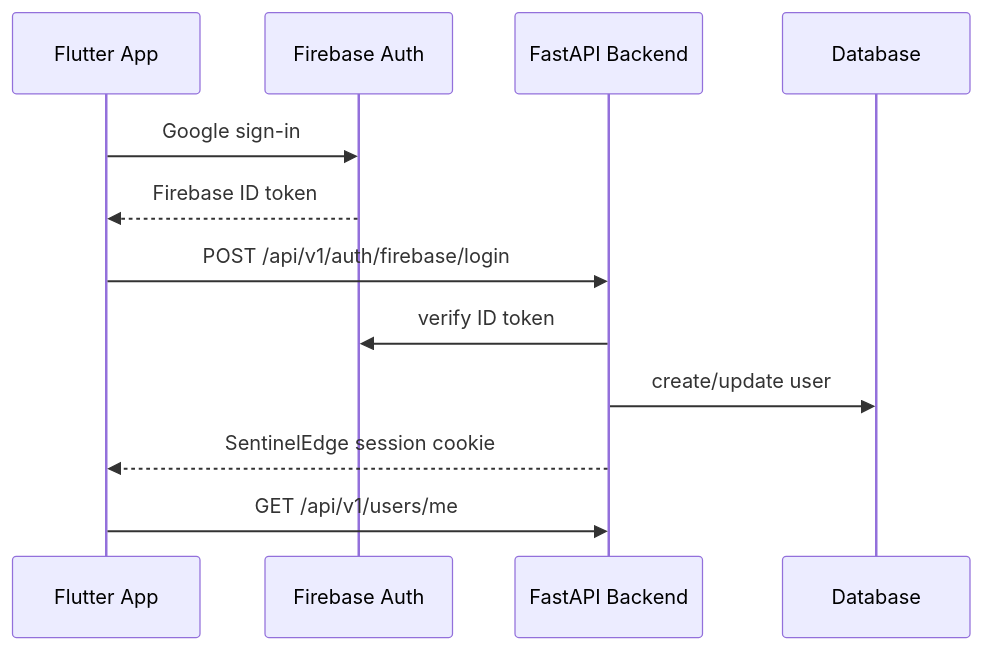
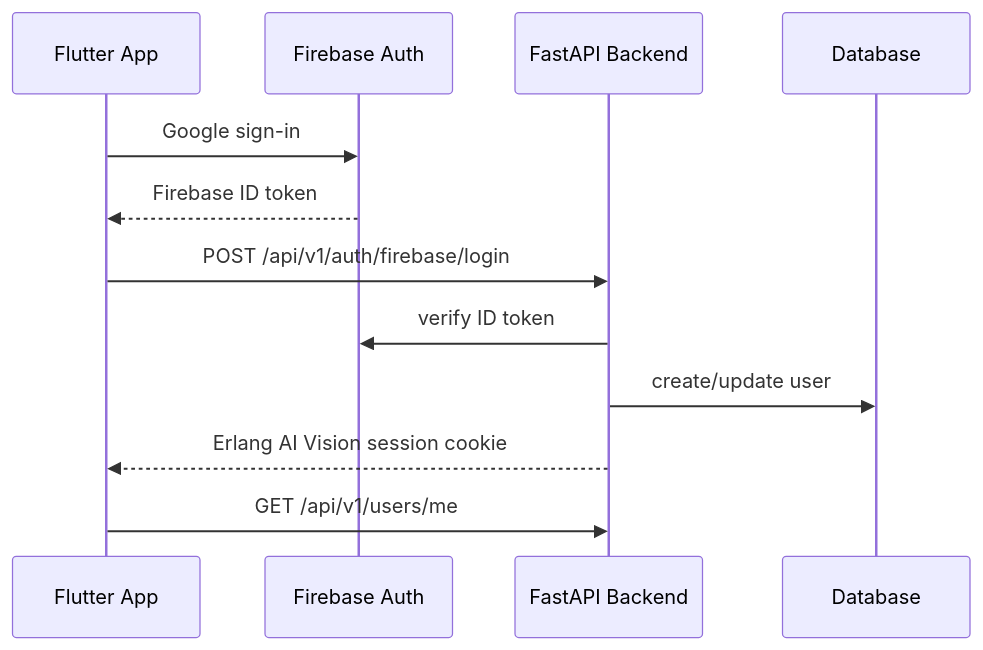
The second of 6 diagrams in docs/backend/architecture.md (nickyui99/erlang-ai-vision-fullstack), drawn with Mermaid before and after one commit. The commit also changed other lines of this file and 74 other files, not shown here.

````diff
--- a/docs/backend/architecture.md
+++ b/docs/backend/architecture.md
@@ -43,15 +43,15 @@
 ```mermaid
 sequenceDiagram
     participant App as Flutter App
     participant Firebase as Firebase Auth
     participant Backend as FastAPI Backend
     participant DB as Database
 
     App->>Firebase: Google sign-in
     Firebase-->>App: Firebase ID token
     App->>Backend: POST /api/v1/auth/firebase/login
     Backend->>Firebase: verify ID token
     Backend->>DB: create/update user
-    Backend-->>App: SentinelEdge session cookie
+    Backend-->>App: Erlang AI Vision session cookie
     App->>Backend: GET /api/v1/users/me
 ```
````
